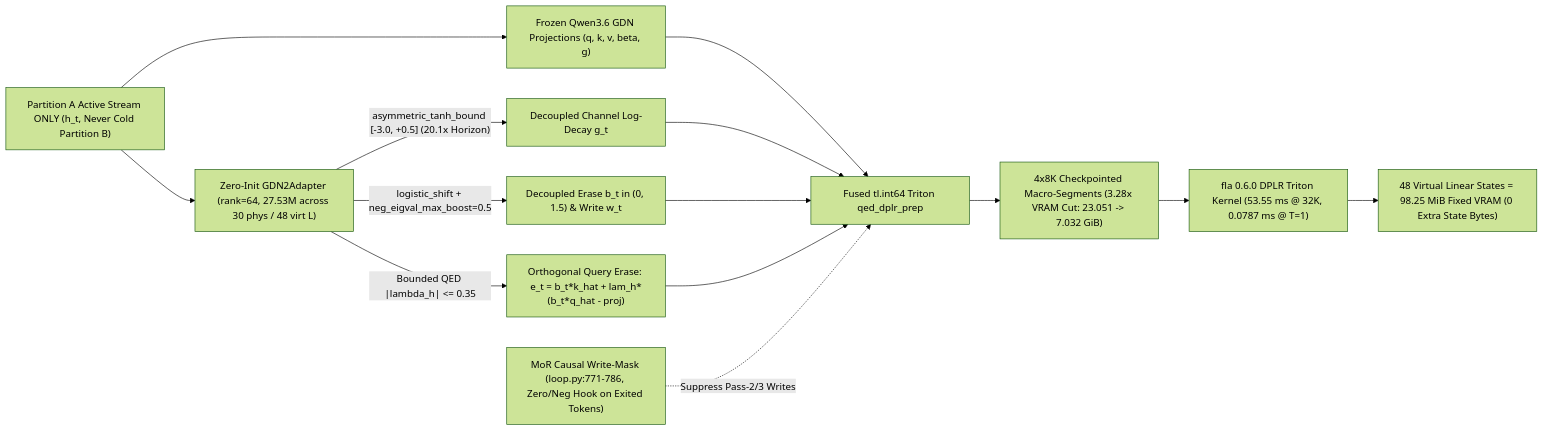
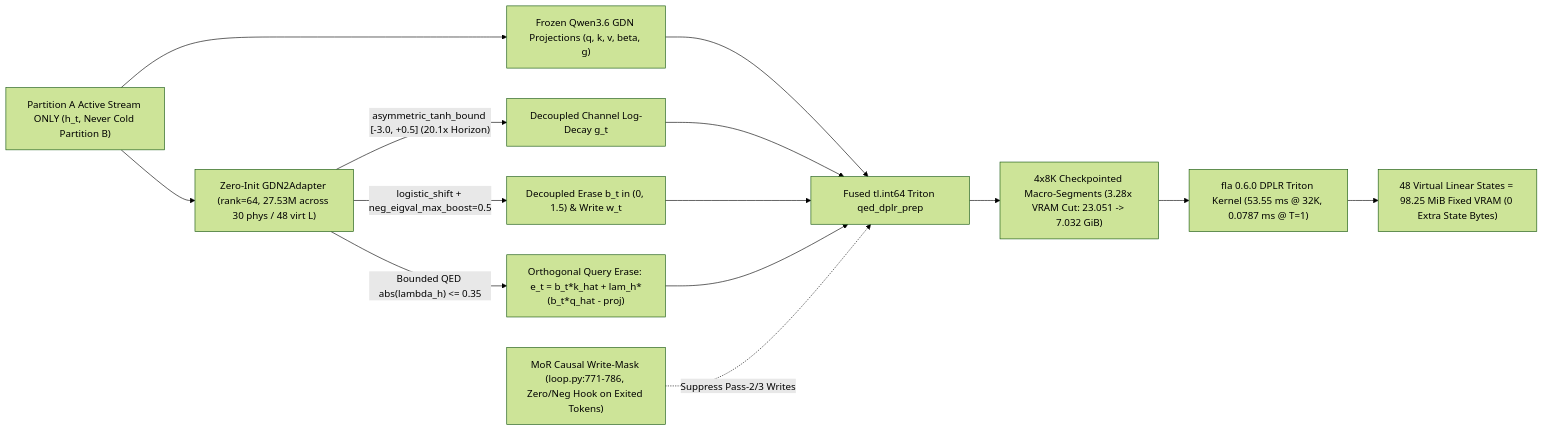
Before and after one commit to BaiTian6641/Qwen3.6-35B-A3B-Loop60: the second of 7 diagrams in docs/ARCHITECTURE_NEXTGEN_LOOP64_LSANL.md, drawn with Mermaid (forest theme). The commit also changed other lines of this file and 2 other files, not shown here.

Commit message:
fix(docs): align ESM 144 MiB accounting, anchor_layers, AlphaEdit P0 ridge, and Mermaid/naming polish

````diff
--- a/docs/ARCHITECTURE_NEXTGEN_LOOP64_LSANL.md
+++ b/docs/ARCHITECTURE_NEXTGEN_LOOP64_LSANL.md
@@ -70,16 +70,16 @@
 ```mermaid
 flowchart LR
     PA["Partition A Active Stream ONLY (h_t, Never Cold Partition B)"] --> BASE["Frozen Qwen3.6 GDN Projections (q, k, v, beta, g)"]
     PA --> ADP["Zero-Init GDN2Adapter (rank=64, 27.53M across 30 phys / 48 virt L)"]
     ADP -- "asymmetric_tanh_bound [-3.0, +0.5] (20.1x Horizon)" --> DEC["Decoupled Channel Log-Decay g_t"]
     ADP -- "logistic_shift + neg_eigval_max_boost=0.5" --> ERW["Decoupled Erase b_t in (0, 1.5) & Write w_t"]
-    ADP -- "Bounded QED |lambda_h| <= 0.35" --> QED["Orthogonal Query Erase: e_t = b_t*k_hat + lam_h*(b_t*q_hat - proj)"]
+    ADP -- "Bounded QED abs(lambda_h) <= 0.35" --> QED["Orthogonal Query Erase: e_t = b_t*k_hat + lam_h*(b_t*q_hat - proj)"]
     BASE --> PREP["Fused tl.int64 Triton qed_dplr_prep"]
     DEC --> PREP
     ERW --> PREP
     QED --> PREP
     MOR["MoR Causal Write-Mask (loop.py:771-786, Zero/Neg Hook on Exited Tokens)"] -. "Suppress Pass-2/3 Writes" .-> PREP
     PREP --> SEG["4x8K Checkpointed Macro-Segments (3.28x VRAM Cut: 23.051 -> 7.032 GiB)"]
     SEG --> FLA["fla 0.6.0 DPLR Triton Kernel (53.55 ms @ 32K, 0.0787 ms @ T=1)"]
     FLA --> ST["48 Virtual Linear States = 98.25 MiB Fixed VRAM (0 Extra State Bytes)"]
 ```
````
